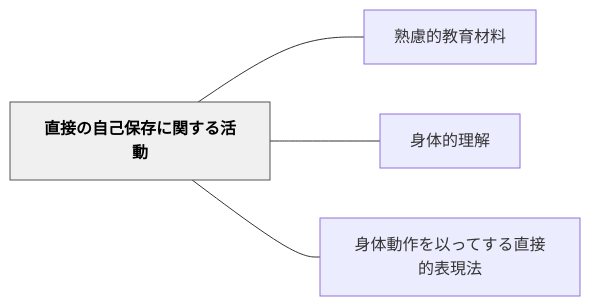
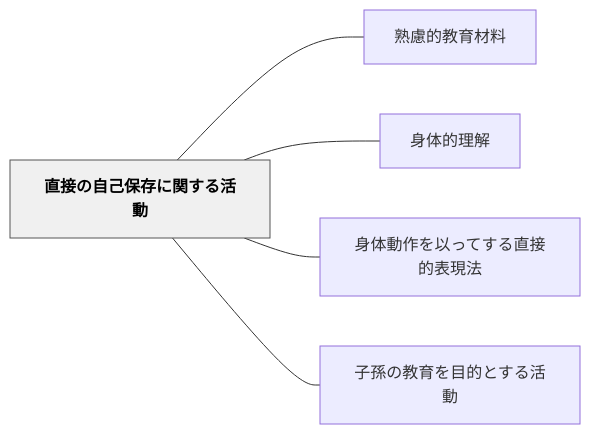
The diagram in content/パタン/直接の自己保存に関する活動.md (unknownthings-ed-patterns/unknownthings-ed-patterns), drawn with Mermaid before and after one commit. The commit also changed other lines of this file and 100 other files, not shown here.

````diff
--- a/content/パタン/直接の自己保存に関する活動.md
+++ b/content/パタン/直接の自己保存に関する活動.md
@@ -44,14 +45,16 @@
 ```mermaid
 flowchart LR
     ne79bb4e68ea5e381aee887aae5b7b1e4bf9de5ad98e381abe996a2e38199e3828be6b4bbe58b95["直接の自己保存に関する活動"]
     ne7869fe685aee79a84e69599e882b2e69d90e69699["熟慮的教育材料"]
     ne8baabe4bd93e79a84e79086e8a7a3["身体的理解"]
     ne8baabe4bd93e58b95e4bd9ce38292e4bba5e381a3e381a6e38199e3828be79bb4e68ea5e79a84e8a1a8e78fbee6b395["身体動作を以ってする直接的表現法"]
+    ne5ad90e5adabe381aee69599e882b2e38292e79baee79a84e381a8e38199e3828be6b4bbe58b95["子孫の教育を目的とする活動"]
 
     ne79bb4e68ea5e381aee887aae5b7b1e4bf9de5ad98e381abe996a2e38199e3828be6b4bbe58b95 --- ne7869fe685aee79a84e69599e882b2e69d90e69699
     ne79bb4e68ea5e381aee887aae5b7b1e4bf9de5ad98e381abe996a2e38199e3828be6b4bbe58b95 --- ne8baabe4bd93e79a84e79086e8a7a3
     ne79bb4e68ea5e381aee887aae5b7b1e4bf9de5ad98e381abe996a2e38199e3828be6b4bbe58b95 --- ne8baabe4bd93e58b95e4bd9ce38292e4bba5e381a3e381a6e38199e3828be79bb4e68ea5e79a84e8a1a8e78fbee6b395
+    ne79bb4e68ea5e381aee887aae5b7b1e4bf9de5ad98e381abe996a2e38199e3828be6b4bbe58b95 --- ne5ad90e5adabe381aee69599e882b2e38292e79baee79a84e381a8e38199e3828be6b4bbe58b95
 
     classDef hub fill:#f0f0f0,stroke:#555,color:#000,font-weight:bold
     class ne79bb4e68ea5e381aee887aae5b7b1e4bf9de5ad98e381abe996a2e38199e3828be6b4bbe58b95 hub
 ```
````
